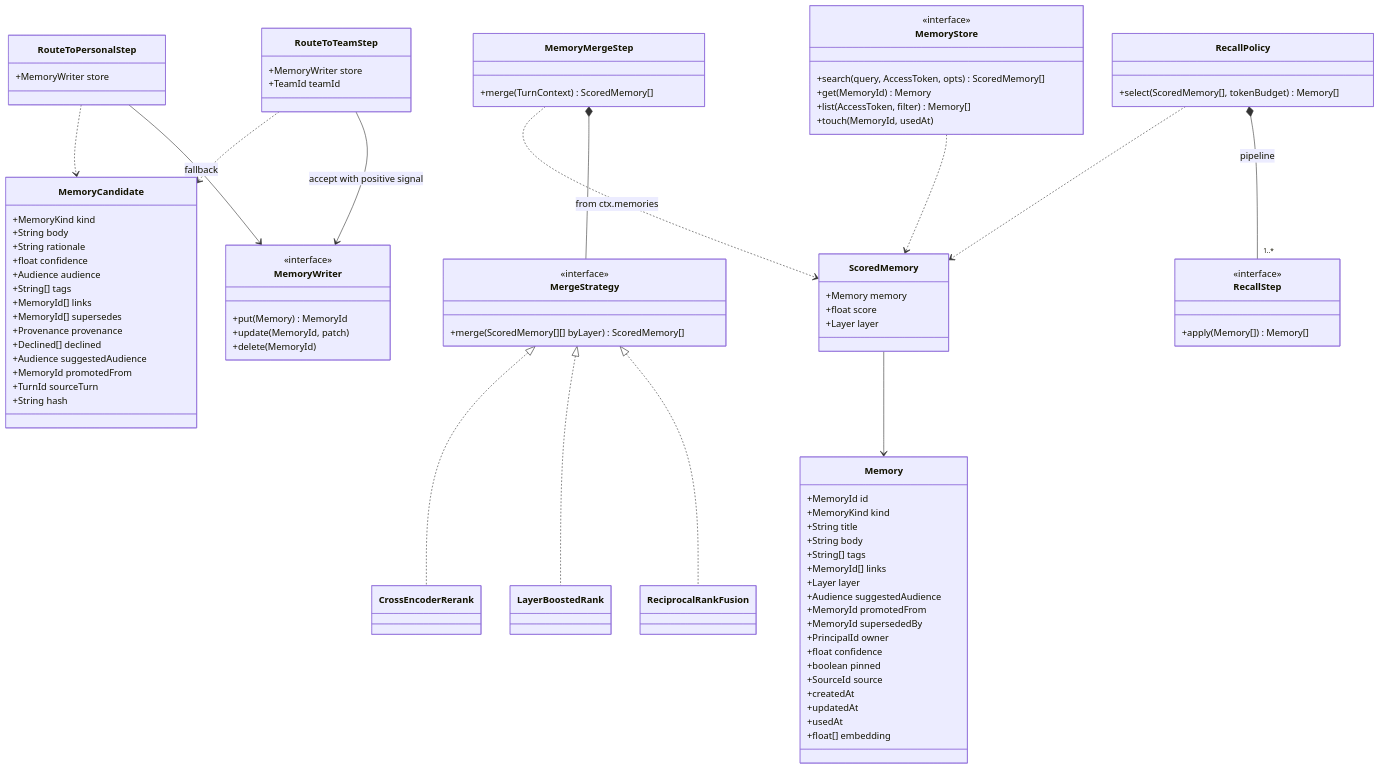
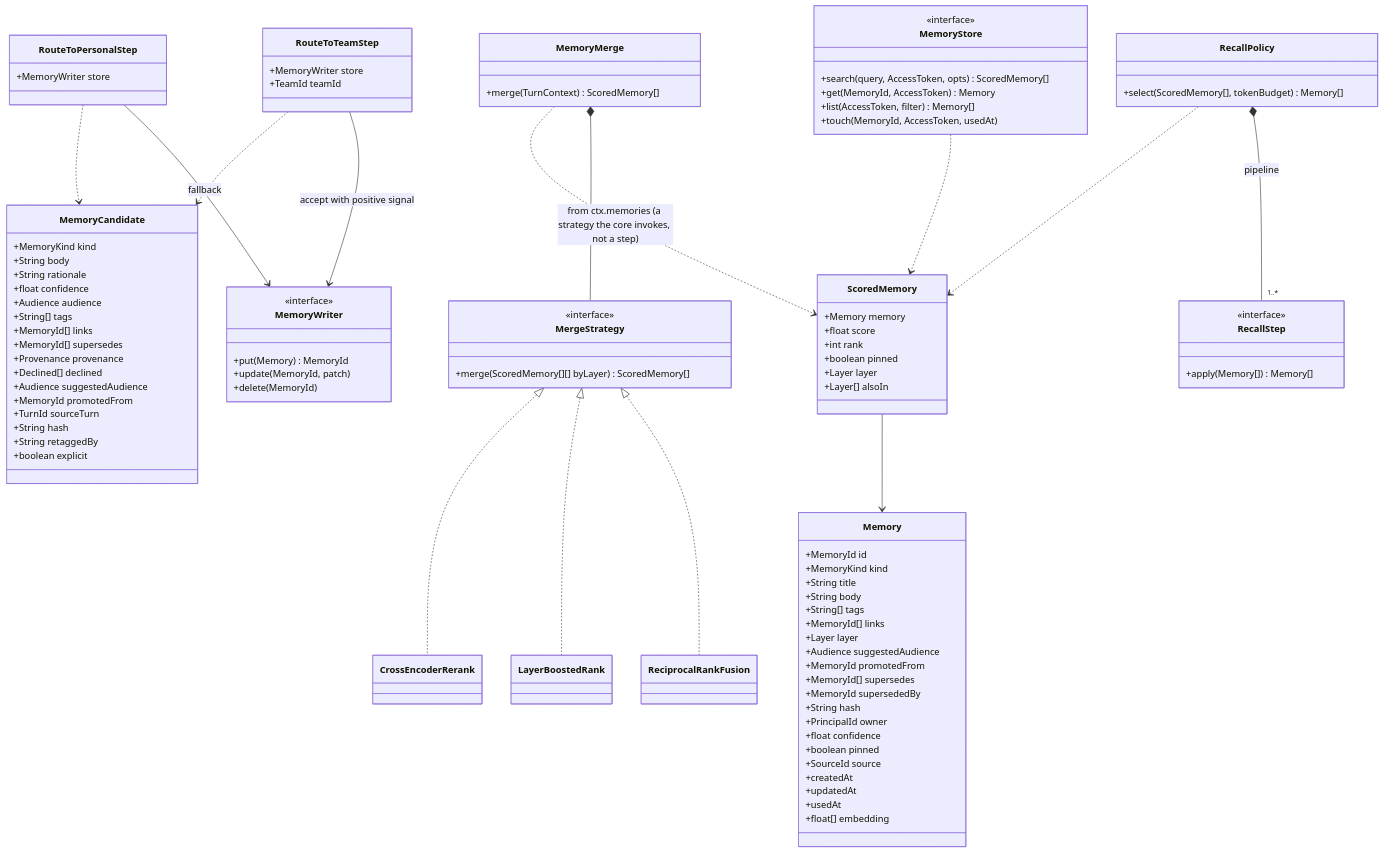
The fourth of 7 diagrams in design/06-object-model.md (jstormes/QuickAI2), drawn with Mermaid before and after one commit. The commit also changed other lines of this file and 21 other files, not shown here.

```diff
--- a/design/06-object-model.md
+++ b/design/06-object-model.md
@@ -533,7 +614,9 @@
         +Layer layer
         +Audience suggestedAudience
         +MemoryId promotedFrom
+        +MemoryId[] supersedes
         +MemoryId supersededBy
+        +String hash
         +PrincipalId owner
         +float confidence
         +boolean pinned
@@ -546,7 +629,10 @@
     class ScoredMemory {
         +Memory memory
         +float score
+        +int rank
+        +boolean pinned
         +Layer layer
+        +Layer[] alsoIn
     }
     class MemoryCandidate {
         +MemoryKind kind
@@ -563,13 +649,15 @@
         +MemoryId promotedFrom
         +TurnId sourceTurn
         +String hash
+        +String retaggedBy
+        +boolean explicit
     }
     class MemoryStore {
         <<interface>>
         +search(query, AccessToken, opts) ScoredMemory[]
-        +get(MemoryId) Memory
+        +get(MemoryId, AccessToken) Memory
         +list(AccessToken, filter) Memory[]
-        +touch(MemoryId, usedAt)
+        +touch(MemoryId, AccessToken, usedAt)
     }
     class MemoryWriter {
         <<interface>>
@@ -577,7 +665,7 @@
         +update(MemoryId, patch)
         +delete(MemoryId)
     }
-    class MemoryMergeStep {
+    class MemoryMerge {
         +merge(TurnContext) ScoredMemory[]
     }
     class MergeStrategy {
@@ -602,8 +690,8 @@
         +apply(Memory[]) Memory[]
     }
 
-    MemoryMergeStep *-- MergeStrategy
-    MemoryMergeStep ..> ScoredMemory : from ctx.memories
+    MemoryMerge *-- MergeStrategy
+    MemoryMerge ..> ScoredMemory : from ctx.memories (a strategy the core invokes, not a step)
     MergeStrategy <|.. ReciprocalRankFusion
     MergeStrategy <|.. LayerBoostedRank
     MergeStrategy <|.. CrossEncoderRerank
```
